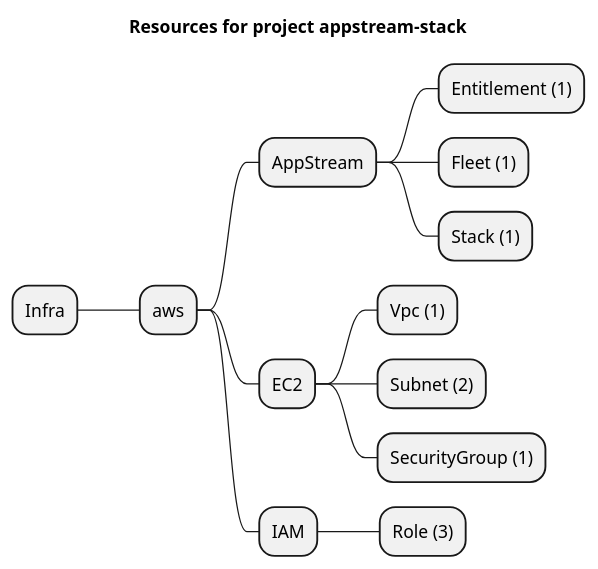
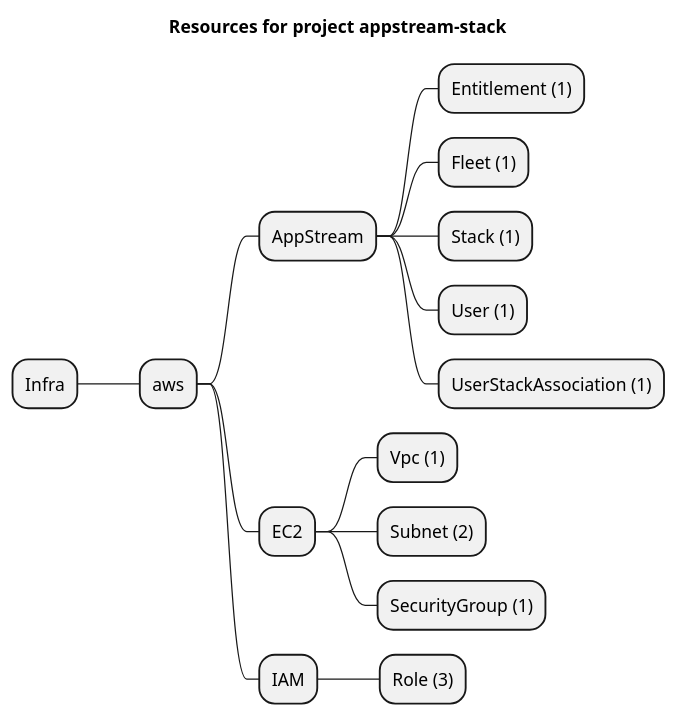
The diagram in examples/aws/AppStream/appstream-stack/artifacts/resources-mindmap.puml (grucloud/grucloud), drawn with PlantUML before and after one commit. The commit also changed 8 other files, not shown here.

Commit message:
AppStreamUserStackAssociation

```diff
--- a/examples/aws/AppStream/appstream-stack/artifacts/resources-mindmap.puml
+++ b/examples/aws/AppStream/appstream-stack/artifacts/resources-mindmap.puml
@@ -1,16 +1,18 @@
 @startmindmap
 title Resources for project appstream-stack
 skinparam monochrome true
 + Infra
 ++ aws
 +++ AppStream
 ++++ Entitlement (1)
 ++++ Fleet (1)
 ++++ Stack (1)
+++++ User (1)
+++++ UserStackAssociation (1)
 +++ EC2
 ++++ Vpc (1)
 ++++ Subnet (2)
 ++++ SecurityGroup (1)
 +++ IAM
 ++++ Role (3)
 @endmindmap
```
